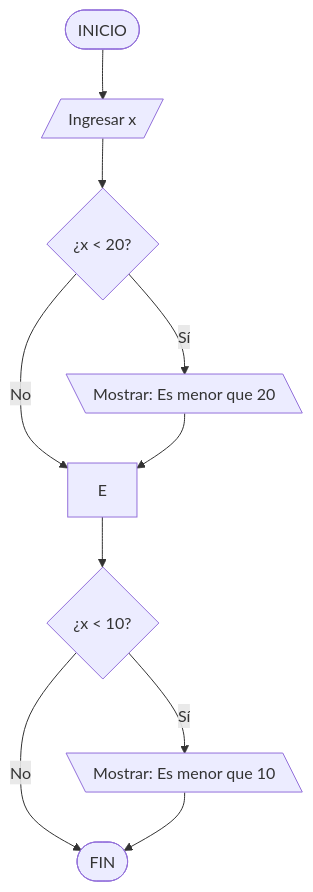
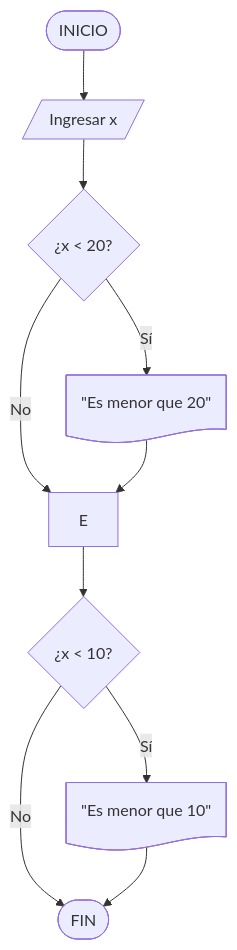
The second of 5 diagrams in docs/core/introduction/coding.md (BenjaminSerrano/principios-programacion), drawn with Mermaid before and after one commit. The commit also changed other lines of this file and 1 other file, not shown here.

First line of the commit message:
Corregir diagramas de flujo: símbolos y operadores

````diff
--- a/docs/core/introduction/coding.md
+++ b/docs/core/introduction/coding.md
@@ -231,12 +231,12 @@
     ``` mermaid
     flowchart TD
         A([INICIO]) --> B[/Ingresar x/]
         B --> C{"¿x < 20?"}
-        C -->|Sí| D[\"Mostrar: Es menor que 20"\]
+        C -->|Sí| D@{ shape: doc, label: "\"Es menor que 20\"" }
         C -->|No| E
         D --> E
         E --> F{"¿x < 10?"}
-        F -->|Sí| G[\"Mostrar: Es menor que 10"\]
+        F -->|Sí| G@{ shape: doc, label: "\"Es menor que 10\"" }
         F -->|No| H([FIN])
         G --> H
     ```
````
